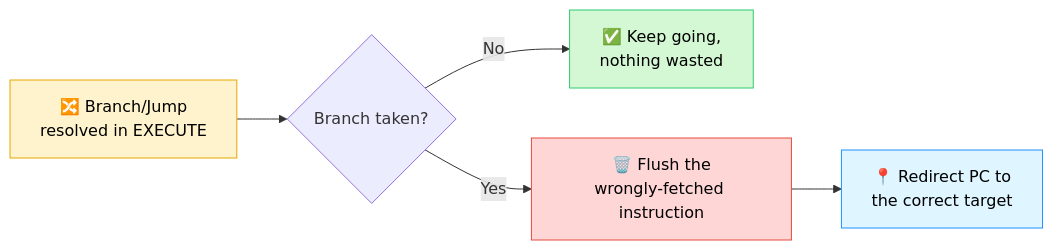
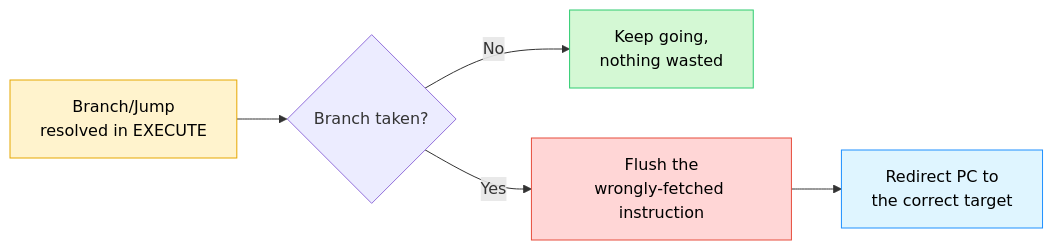
One commit to hjsanjana/rtl-design-practice changed the fifth of 30 diagrams in RISC-V/README.md. Above: the diagram before and after it, drawn with Mermaid. The commit also changed other lines of this file, not shown here.

````diff
--- a/RISC-V/README.md
+++ b/RISC-V/README.md
@@ -161,12 +124,12 @@
 ```mermaid
 flowchart LR
-    BR["🔀 Branch/Jump\nresolved in EXECUTE"] --> DEC{Branch taken?}
-    DEC -->|No| CONT["✅ Keep going,\nnothing wasted"]
-    DEC -->|Yes| FLUSH["🗑️ Flush the\nwrongly-fetched instruction"]
-    FLUSH --> JUMP["📍 Redirect PC to\nthe correct target"]
+    BR["Branch/Jump\nresolved in EXECUTE"] --> DEC{Branch taken?}
+    DEC -->|No| CONT["Keep going,\nnothing wasted"]
+    DEC -->|Yes| FLUSH["Flush the\nwrongly-fetched instruction"]
+    FLUSH --> JUMP["Redirect PC to\nthe correct target"]
 
     style BR fill:#fff3cd,stroke:#e6a700,color:#000
     style CONT fill:#d4f8d4,stroke:#2ecc71,color:#000
     style FLUSH fill:#ffd6d6,stroke:#e74c3c,color:#000
     style JUMP fill:#dff5ff,stroke:#1e90ff,color:#000
 ```
````
